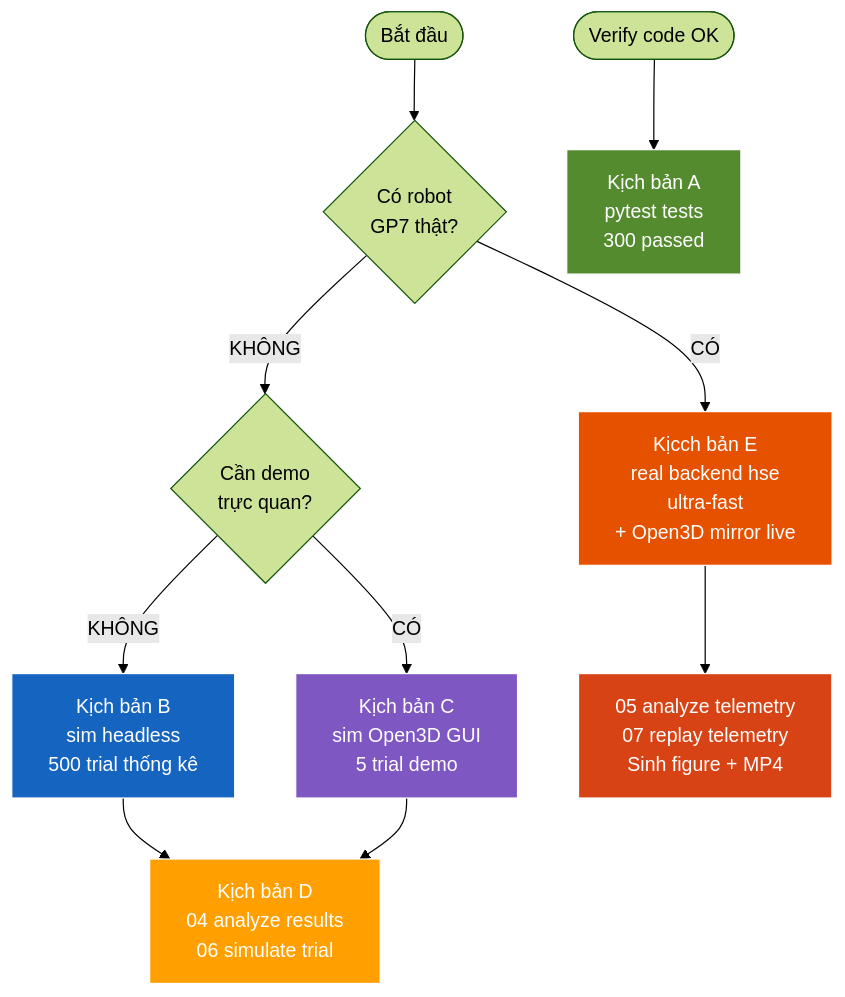
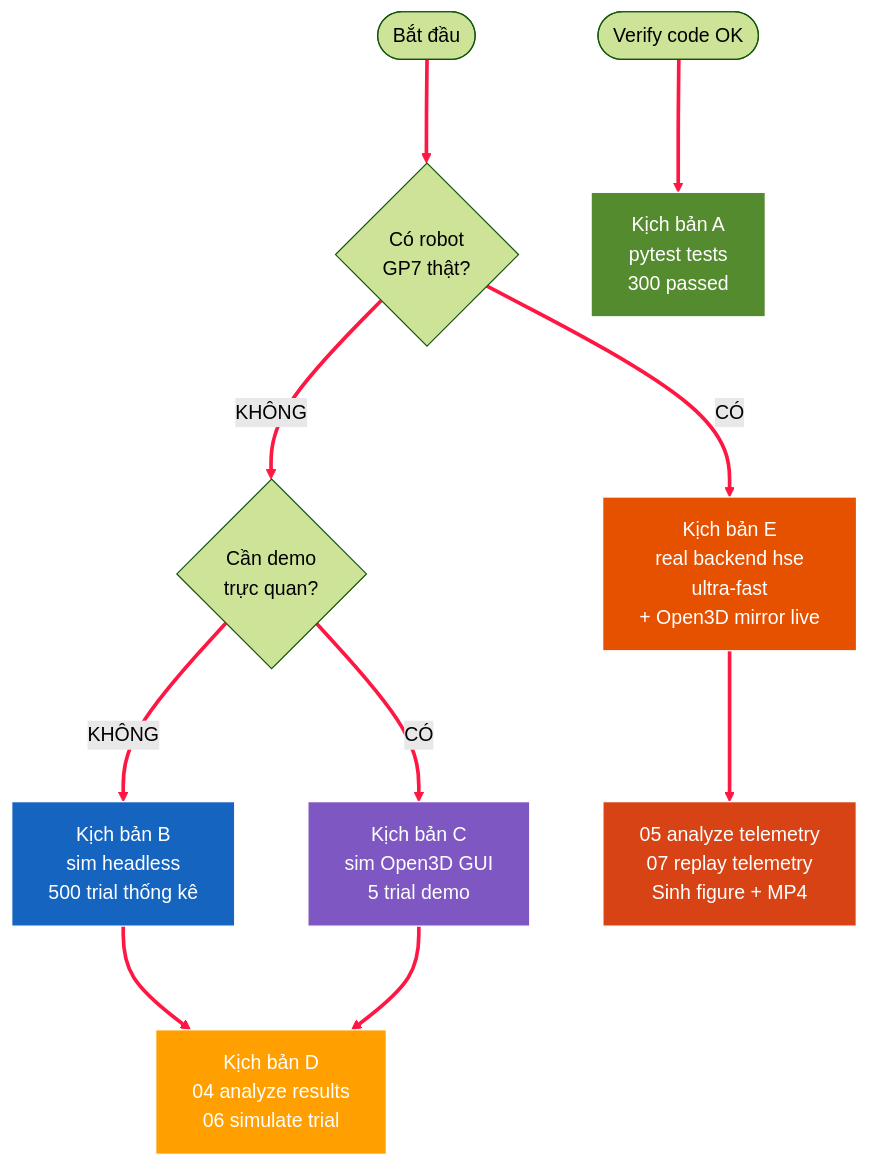
Before and after one commit to manhhv87/DTwinGP7: the first of 3 diagrams in docs/HUONG_DAN_SU_DUNG.md, drawn with Mermaid (forest theme). The commit also changed other lines of this file and 26 other files, not shown here.

````diff
--- a/docs/HUONG_DAN_SU_DUNG.md
+++ b/docs/HUONG_DAN_SU_DUNG.md
@@ -69,19 +69,21 @@
 ```mermaid
+%%{init: {'flowchart': {'nodeSpacing': 60, 'rankSpacing': 85, 'useMaxWidth': false}}}%%
 flowchart TB
     START([Bắt đầu]) --> Q1{Có robot<br/>GP7 thật?}
     Q1 -->|KHÔNG| Q2{Cần demo<br/>trực quan?}
-    Q1 -->|CÓ| E[Kịcch bản E<br/>real backend hse<br/>ultra-fast<br/>+ Open3D mirror live]
+    Q1 -->|CÓ| E[Kịch bản E<br/>real backend hse<br/>ultra-fast<br/>+ Open3D mirror live]
     Q2 -->|KHÔNG| B[Kịch bản B<br/>sim headless<br/>500 trial thống kê]
     Q2 -->|CÓ| C[Kịch bản C<br/>sim Open3D GUI<br/>5 trial demo]
     B --> D[Kịch bản D<br/>04 analyze results<br/>06 simulate trial]
     C --> D
     E --> F[05 analyze telemetry<br/>07 replay telemetry<br/>Sinh figure + MP4]
     A_TEST([Verify code OK]) --> A[Kịch bản A<br/>pytest tests<br/>300 passed]
 
     style A fill:#558B2F,stroke:#fff,color:#fff
     style B fill:#1565C0,stroke:#fff,color:#fff
     style C fill:#7E57C2,stroke:#fff,color:#fff
     style D fill:#FFA000,stroke:#fff,color:#fff
     style E fill:#E65100,stroke:#fff,color:#fff
     style F fill:#D84315,stroke:#fff,color:#fff
+    linkStyle default stroke:#FF1744,stroke-width:3px
 ```
````
